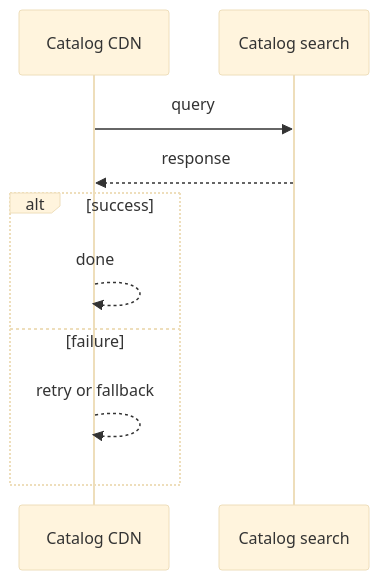
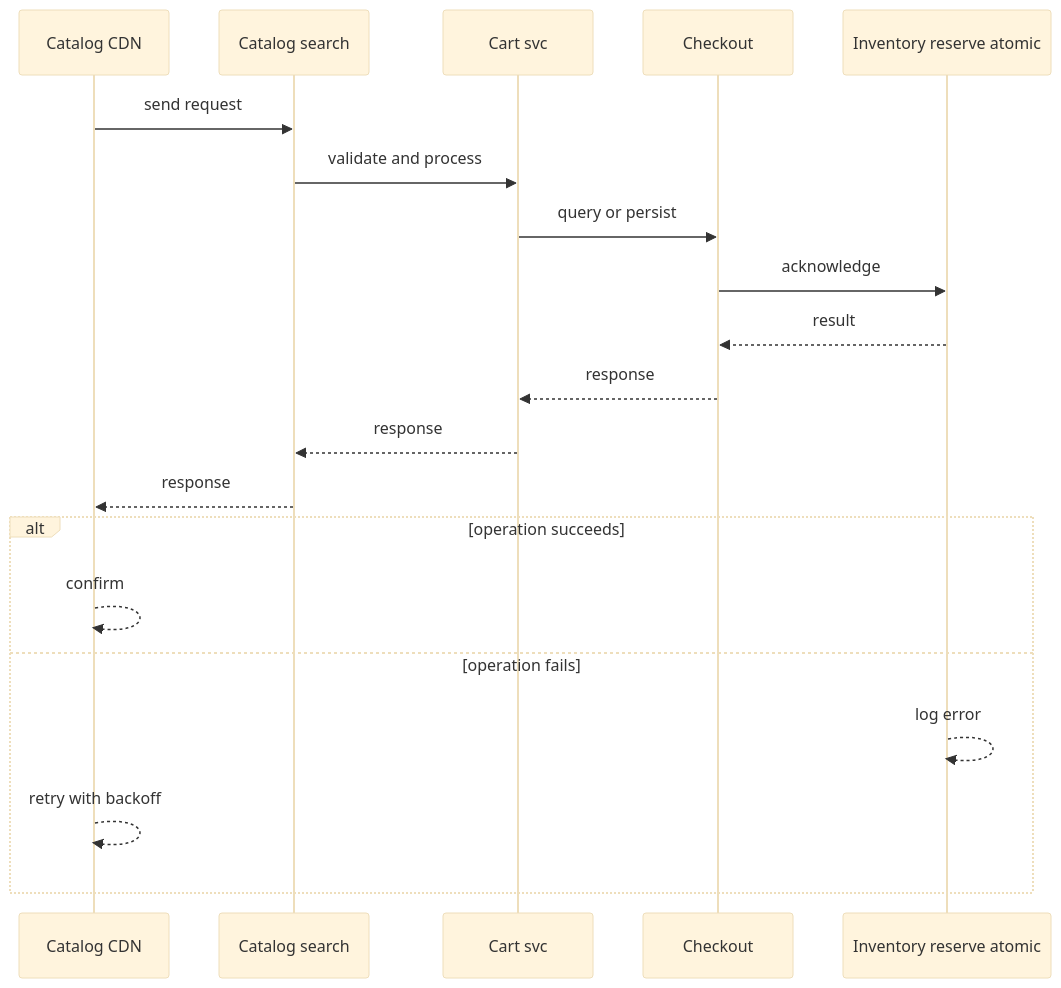
Before and after one commit to RIT-MESH/system-design-mastery: the second of 4 diagrams in case-studies/advanced/ecommerce-platform.md, drawn with Mermaid (base theme). The commit also changed other lines of this file and 64 other files, not shown here.

````diff
--- a/case-studies/advanced/ecommerce-platform.md
+++ b/case-studies/advanced/ecommerce-platform.md
@@ -81,13 +68,23 @@
 ```mermaid
 %% created-for: system-design-mastery
 sequenceDiagram
-  participant P0 as Catalog CDN
-  participant P1 as Catalog search
-  P0 ->> P1: query
-  P1 -->> P0: response
-  alt success
-    P0 -->> P0: done
-  else failure
-    P0 -->> P0: retry or fallback
+  participant C0 as Catalog CDN
+  participant C1 as Catalog search
+  participant C2 as Cart svc
+  participant C3 as Checkout
+  participant C4 as Inventory reserve atomic
+  C0 ->> C1: send request
+  C1 ->> C2: validate and process
+  C2 ->> C3: query or persist
+  C3 ->> C4: acknowledge
+  C4 -->> C3: result
+  C3 -->> C2: response
+  C2 -->> C1: response
+  C1 -->> C0: response
+  alt operation succeeds
+    C0 -->> C0: confirm
+  else operation fails
+    C4 -->> C4: log error
+    C0 -->> C0: retry with backoff
   end
 ```
````
